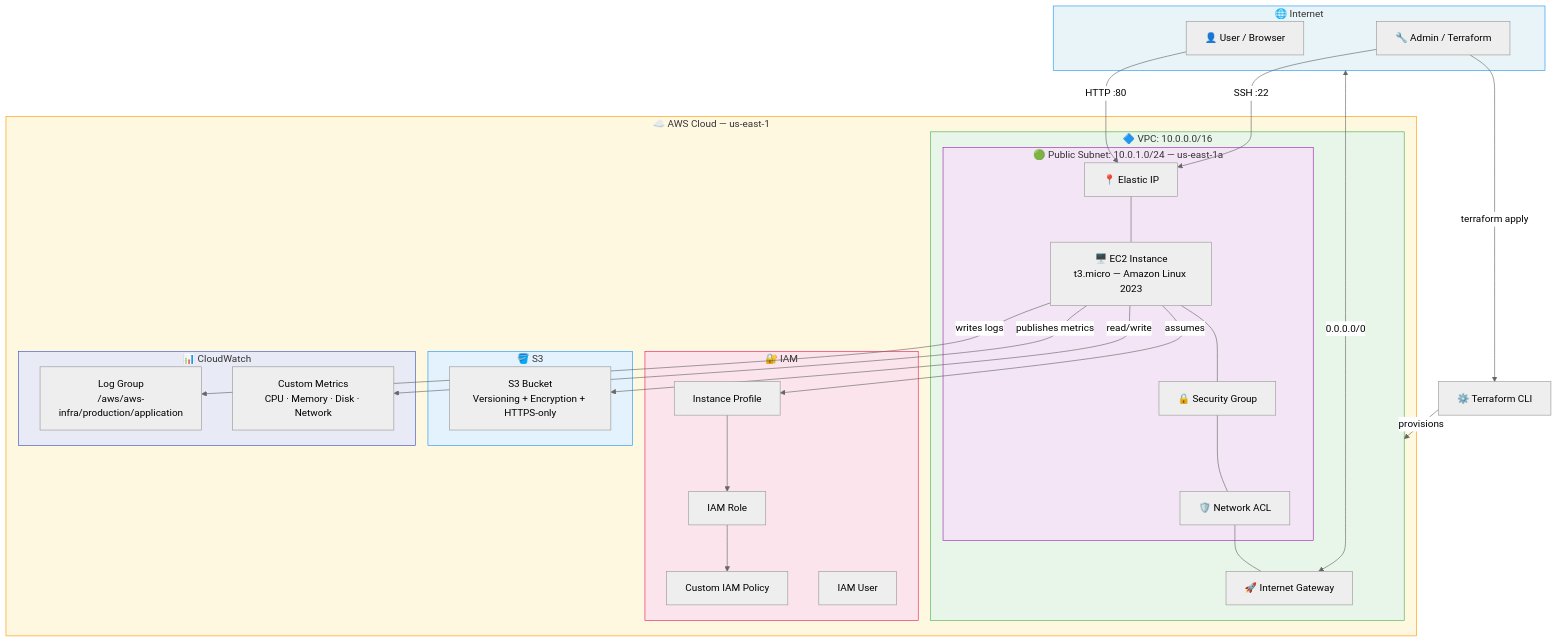
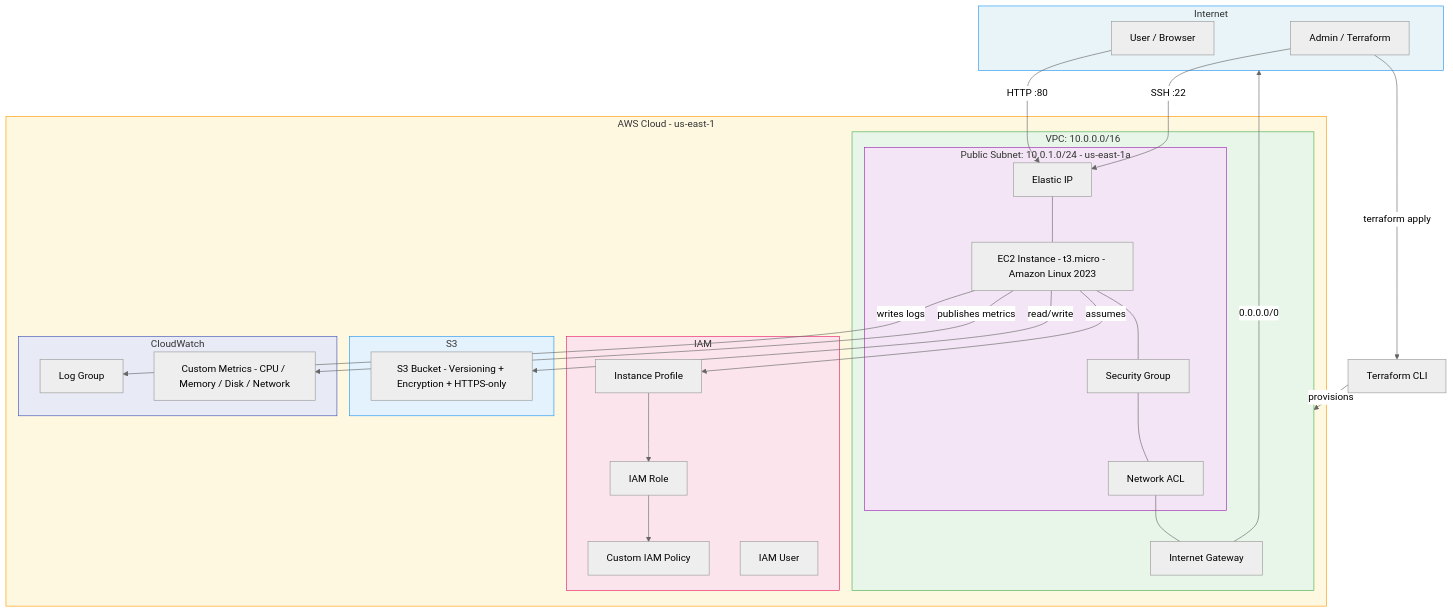
Before and after one commit to anandd46/Terraform-AWS-Infrastructure---Production-Style-VPC-EC2-S3-Deployment: the first of 7 diagrams in README.md, drawn with Mermaid (neutral theme). The commit also changed other lines of this file, not shown here.

````diff
--- a/README.md
+++ b/README.md
@@ -199,56 +199,56 @@
 ```mermaid
 graph TB
-    subgraph Internet["🌐 Internet"]
-        USER[👤 User / Browser]
-        ADMIN[🔧 Admin / Terraform]
+    subgraph Internet["Internet"]
+        USER[User / Browser]
+        ADMIN[Admin / Terraform]
     end
 
-    subgraph AWS["☁️ AWS Cloud — us-east-1"]
-        subgraph VPC["🔷 VPC: 10.0.0.0/16"]
-            IGW[🚀 Internet Gateway]
+    subgraph AWS["AWS Cloud - us-east-1"]
+        subgraph VPC["VPC: 10.0.0.0/16"]
+            IGW[Internet Gateway]
 
-            subgraph PublicSubnet["🟢 Public Subnet: 10.0.1.0/24 — us-east-1a"]
-                NACL[🛡️ Network ACL]
-                SG[🔒 Security Group]
-                EC2[🖥️ EC2 Instance\nt3.micro — Amazon Linux 2023]
-                EIP[📍 Elastic IP]
+            subgraph PublicSubnet["Public Subnet: 10.0.1.0/24 - us-east-1a"]
+                NACL[Network ACL]
+                SG[Security Group]
+                EC2[EC2 Instance - t3.micro - Amazon Linux 2023]
+                EIP[Elastic IP]
             end
         end
 
-        subgraph IAM["🔐 IAM"]
+        subgraph IAM["IAM"]
             ROLE[IAM Role]
             POLICY[Custom IAM Policy]
             PROFILE[Instance Profile]
             USER_IAM[IAM User]
         end
 
-        subgraph S3["🪣 S3"]
-            BUCKET[S3 Bucket\nVersioning + Encryption + HTTPS-only]
+        subgraph S3["S3"]
+            BUCKET[S3 Bucket - Versioning + Encryption + HTTPS-only]
         end
 
-        subgraph CW["📊 CloudWatch"]
-            LOGGROUP[Log Group\n/aws/aws-infra/production/application]
-            METRICS[Custom Metrics\nCPU · Memory · Disk · Network]
+        subgraph CW["CloudWatch"]
+            LOGGROUP[Log Group]
+            METRICS[Custom Metrics - CPU / Memory / Disk / Network]
         end
     end
 
     USER -->|HTTP :80| EIP
     ADMIN -->|SSH :22| EIP
-    ADMIN -->|terraform apply| TERRAFORM[⚙️ Terraform CLI]
+    ADMIN -->|terraform apply| TERRAFORM[Terraform CLI]
     TERRAFORM -->|provisions| VPC
     EIP --- EC2
     EC2 --- SG --- NACL --- IGW
-    IGW <-->|0.0.0.0/0| Internet
+    IGW -->|0.0.0.0/0| Internet
     EC2 -->|assumes| PROFILE --> ROLE --> POLICY
     EC2 -->|writes logs| LOGGROUP
     EC2 -->|publishes metrics| METRICS
     EC2 -->|read/write| BUCKET
 
     style Internet fill:#e8f4f8,stroke:#2196F3
     style AWS fill:#fff8e1,stroke:#FF9800
     style VPC fill:#e8f5e9,stroke:#4CAF50
     style PublicSubnet fill:#f3e5f5,stroke:#9C27B0
     style IAM fill:#fce4ec,stroke:#E91E63
     style S3 fill:#e3f2fd,stroke:#2196F3
     style CW fill:#e8eaf6,stroke:#3F51B5
 ```
````
